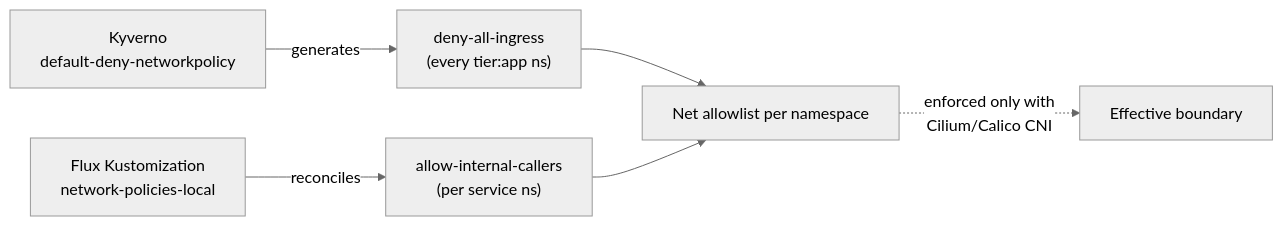
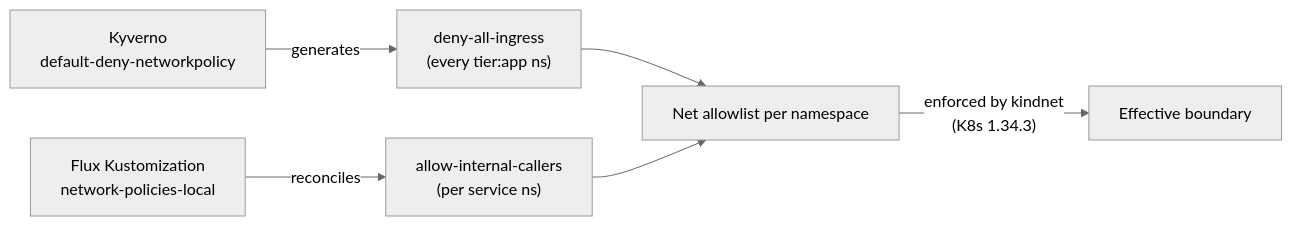
Before and after one commit to duynhlab/homelab: the third of 3 diagrams in docs/security/network-policies.md, drawn with Mermaid (neutral theme). The commit also changed other lines of this file and 16 other files, not shown here.

````diff
--- a/docs/security/network-policies.md
+++ b/docs/security/network-policies.md
@@ -121,8 +140,8 @@
 ```mermaid
 flowchart LR
     KY["Kyverno<br/>default-deny-networkpolicy"] -->|generates| DENY["deny-all-ingress<br/>(every tier:app ns)"]
     FLUX["Flux Kustomization<br/>network-policies-local"] -->|reconciles| ALLOW["allow-internal-callers<br/>(per service ns)"]
     DENY --> NET["Net allowlist per namespace"]
     ALLOW --> NET
-    NET -.->|"enforced only with<br/>Cilium/Calico CNI"| EFF["Effective boundary"]
+    NET -->|"enforced by kindnet<br/>(K8s 1.34.3)"| EFF["Effective boundary"]
 ```
````
